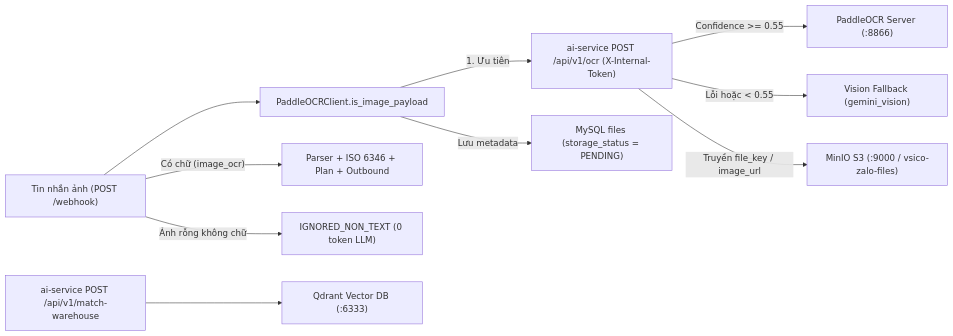
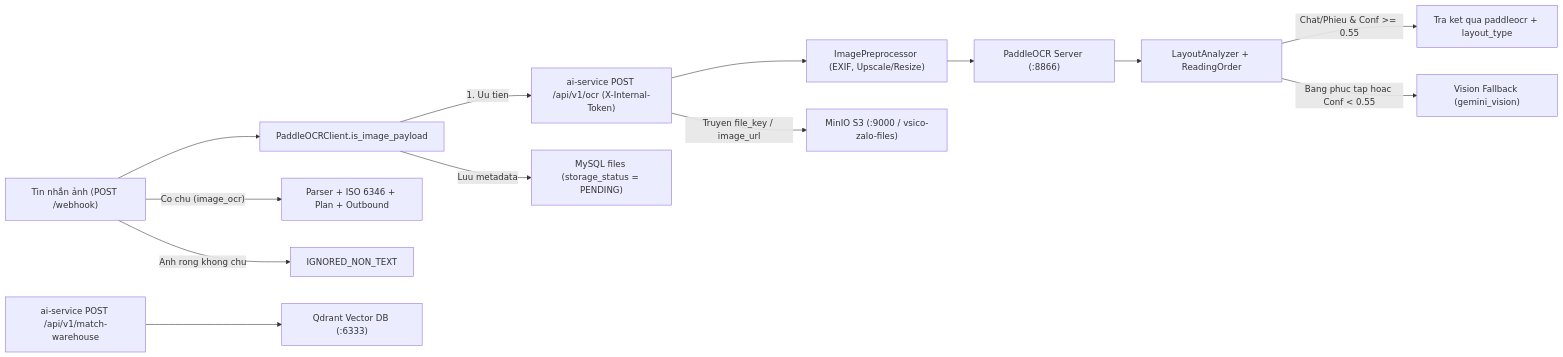
The diagram in backend/tests/postman/10_kiem_thu_ocr_minio_va_qdrant.md (vutiendat2302/vsico_zalo_bot), drawn with Mermaid before and after one commit. The commit also changed other lines of this file and 118 other files, not shown here.

Commit message:
feat: add transport assistant, TMS master/plan sync, enhanced OCR, and master data UI

````diff
--- a/backend/tests/postman/10_kiem_thu_ocr_minio_va_qdrant.md
+++ b/backend/tests/postman/10_kiem_thu_ocr_minio_va_qdrant.md
@@ -10,14 +6,17 @@
 ```mermaid
 flowchart LR
     ZLO["Tin nhắn ảnh (POST /webhook)"] --> PCLI["PaddleOCRClient.is_image_payload"]
-    PCLI -->|"1. Ưu tiên"| AIOCR["ai-service POST /api/v1/ocr (X-Internal-Token)"]
-    AIOCR -->|"Confidence >= 0.55"| PAD["PaddleOCR Server (:8866)"]
-    AIOCR -->|"Lỗi hoặc < 0.55"| VIS["Vision Fallback (gemini_vision)"]
-    AIOCR -->|"Truyền file_key / image_url"| MINIO["MinIO S3 (:9000 / vsico-zalo-files)"]
+    PCLI -->|"1. Uu tien"| AIOCR["ai-service POST /api/v1/ocr (X-Internal-Token)"]
+    AIOCR --> PREP["ImagePreprocessor (EXIF, Upscale/Resize)"]
+    PREP --> PAD["PaddleOCR Server (:8866)"]
+    PAD --> LAY["LayoutAnalyzer + ReadingOrder"]
+    LAY -->|"Chat/Phieu & Conf >= 0.55"| OUTOCR["Tra ket qua paddleocr + layout_type"]
+    LAY -->|"Bang phuc tap hoac Conf < 0.55"| VIS["Vision Fallback (gemini_vision)"]
+    AIOCR -->|"Truyen file_key / image_url"| MINIO["MinIO S3 (:9000 / vsico-zalo-files)"]
 
-    PCLI -->|"Lưu metadata"| FILES["MySQL files (storage_status = PENDING)"]
-    ZLO -->|"Có chữ (image_ocr)"| PARSE["Parser + ISO 6346 + Plan + Outbound"]
-    ZLO -->|"Ảnh rỗng không chữ"| IGN["IGNORED_NON_TEXT (0 token LLM)"]
+    PCLI -->|"Luu metadata"| FILES["MySQL files (storage_status = PENDING)"]
+    ZLO -->|"Co chu (image_ocr)"| PARSE["Parser + ISO 6346 + Plan + Outbound"]
+    ZLO -->|"Anh rong khong chu"| IGN["IGNORED_NON_TEXT"]
 
     AIWH["ai-service POST /api/v1/match-warehouse"] --> QDR["Qdrant Vector DB (:6333)"]
 ```
````
